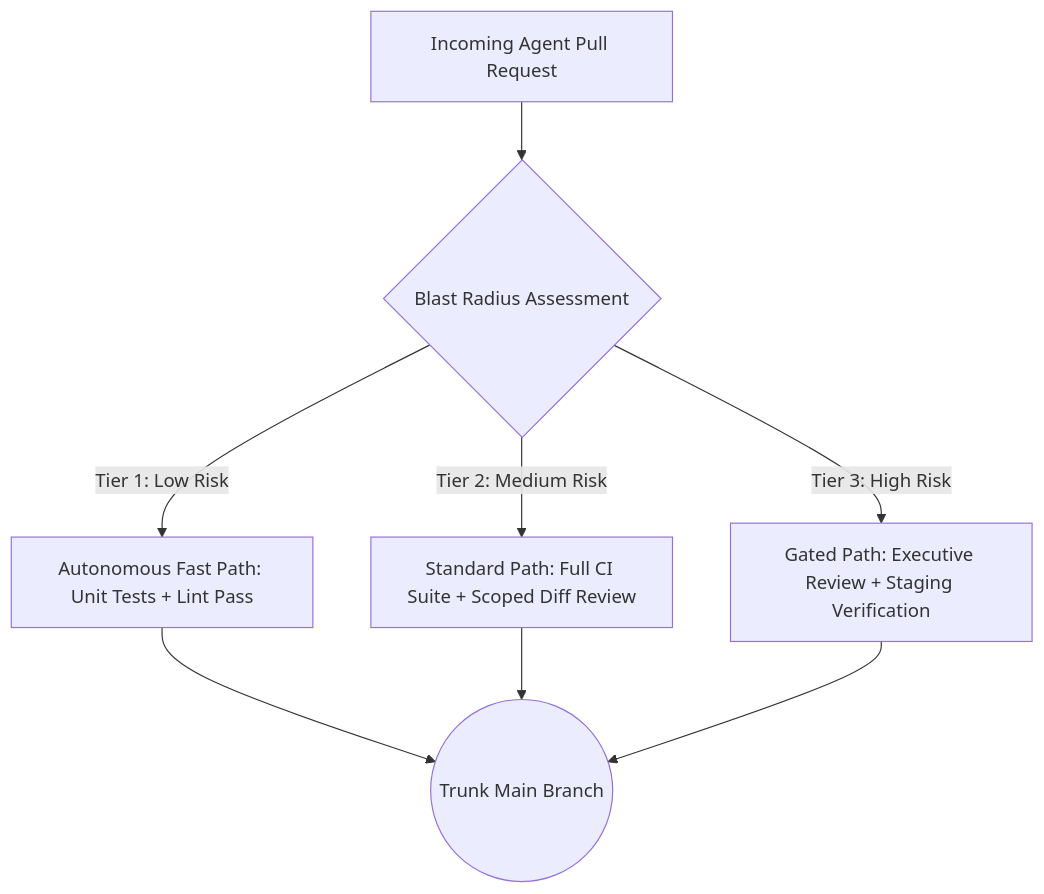
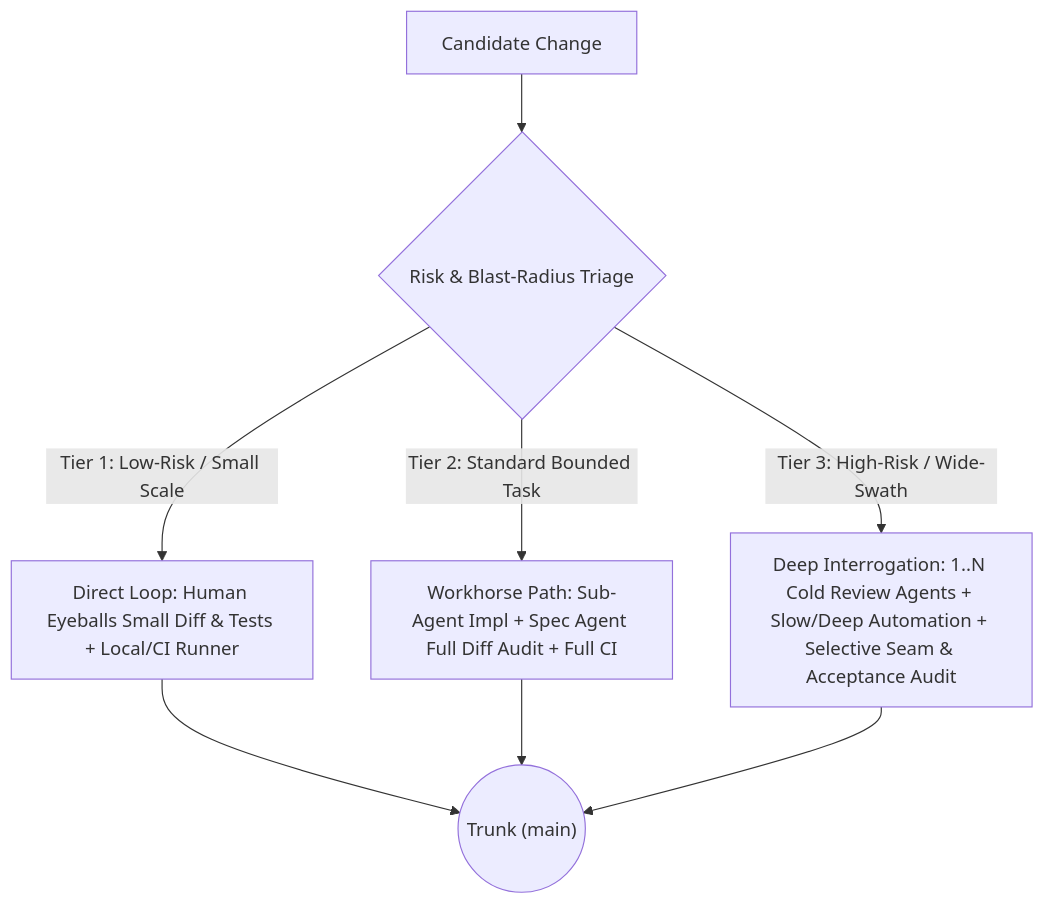
Before and after one commit to AI-Extreme-Programming/aiXP: the diagram in docs/aixp/02.05.50-verification-and-testing.md, drawn with Mermaid. The commit also changed other lines of this file and 3 other files, not shown here.

````diff
--- a/docs/aixp/02.05.50-verification-and-testing.md
+++ b/docs/aixp/02.05.50-verification-and-testing.md
@@ -57,11 +57,11 @@
 ```mermaid
 flowchart TD
-    Change[Incoming Agent Pull Request] --> Assess{Blast Radius Assessment}
-    Assess -->|Tier 1: Low Risk| T1[Autonomous Fast Path: Unit Tests + Lint Pass]
-    Assess -->|Tier 2: Medium Risk| T2[Standard Path: Full CI Suite + Scoped Diff Review]
-    Assess -->|Tier 3: High Risk| T3[Gated Path: Executive Review + Staging Verification]
+    Change["Candidate Change"] --> Assess{"Risk & Blast-Radius Triage"}
+    Assess -->|"Tier 1: Low-Risk / Small Scale"| T1["Direct Loop: Human Eyeballs Small Diff & Tests + Local/CI Runner"]
+    Assess -->|"Tier 2: Standard Bounded Task"| T2["Workhorse Path: Sub-Agent Impl + Spec Agent Full Diff Audit + Full CI"]
+    Assess -->|"Tier 3: High-Risk / Wide-Swath"| T3["Deep Interrogation: 1..N Cold Review Agents + Slow/Deep Automation + Selective Seam & Acceptance Audit"]
 
-    T1 --> Trunk((Trunk Main Branch))
+    T1 --> Trunk(("Trunk (main)"))
     T2 --> Trunk
     T3 --> Trunk
 ```
````
